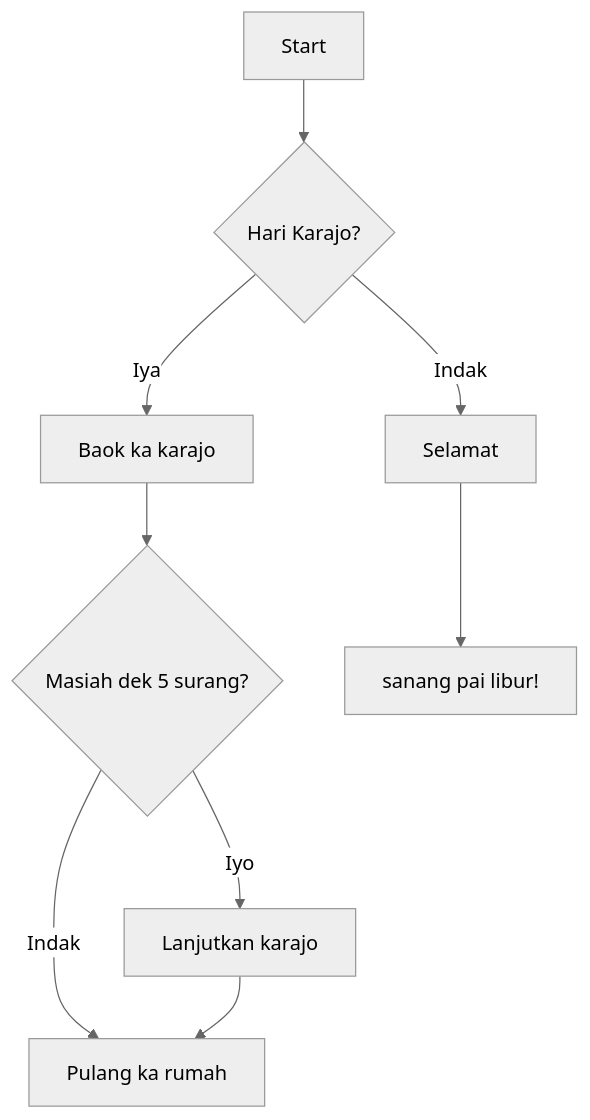
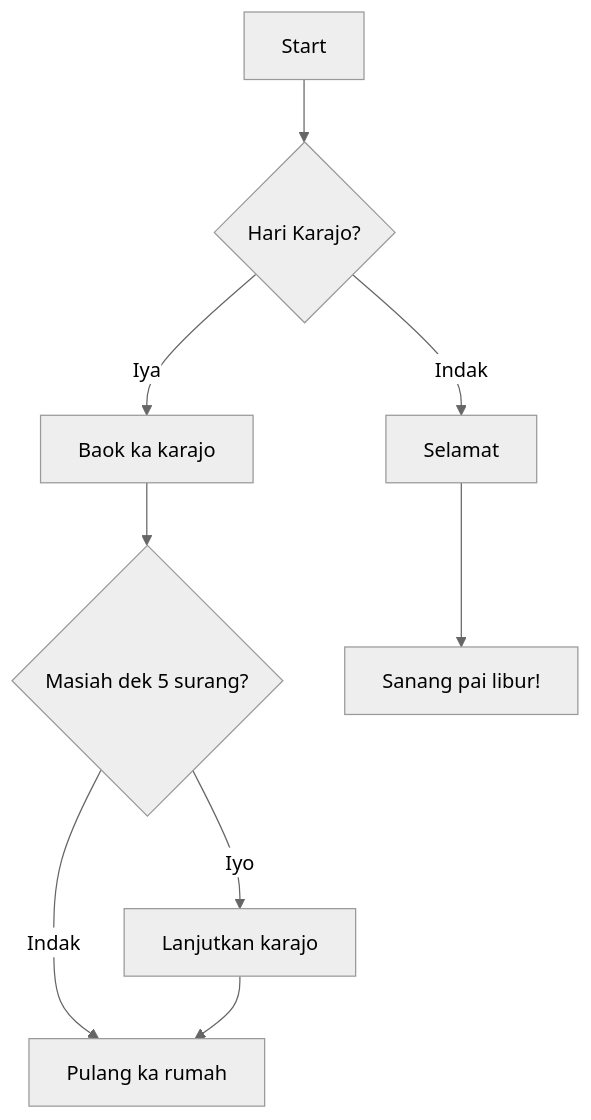
One commit to drshahizan/Generative-AI-Playground changed the first of 3 diagrams in materials/stie/mermaid.md. Above: the diagram before and after it, drawn with Mermaid (neutral theme). The commit also changed other lines of this file, not shown here.

````diff
--- a/materials/stie/mermaid.md
+++ b/materials/stie/mermaid.md
@@ -36,11 +51,11 @@
-```mermaid
-graph TD;
-    A[Start] --> B{Hari Karajo?};
-    B -- Iya --> C[Baok ka karajo];
-    B -- Indak --> D[Selamat];
-    C --> E{Masiah dek 5 surang?};
-    E -- Iyo --> F[Lanjutkan karajo];
-    E -- Indak --> G[Pulang ka rumah];
-    D --> H[sanang pai libur!];
-    F --> G;
-```
+    ```mermaid
+        graph TD;
+            A[Start] --> B{Hari Karajo?};
+            B -- Iya --> C[Baok ka karajo];
+            B -- Indak --> D[Selamat];
+            C --> E{Masiah dek 5 surang?};
+            E -- Iyo --> F[Lanjutkan karajo];
+            E -- Indak --> G[Pulang ka rumah];
+            D --> H[Sanang pai libur!];
+            F --> G;
+     ```
````
